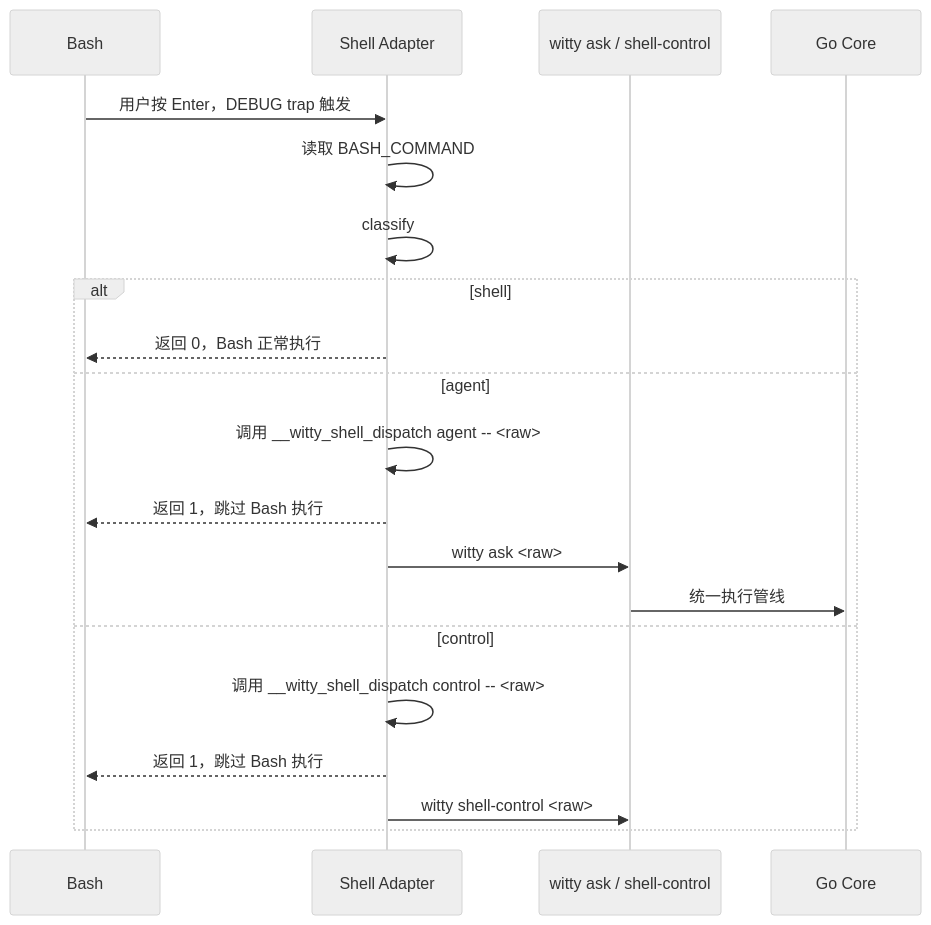
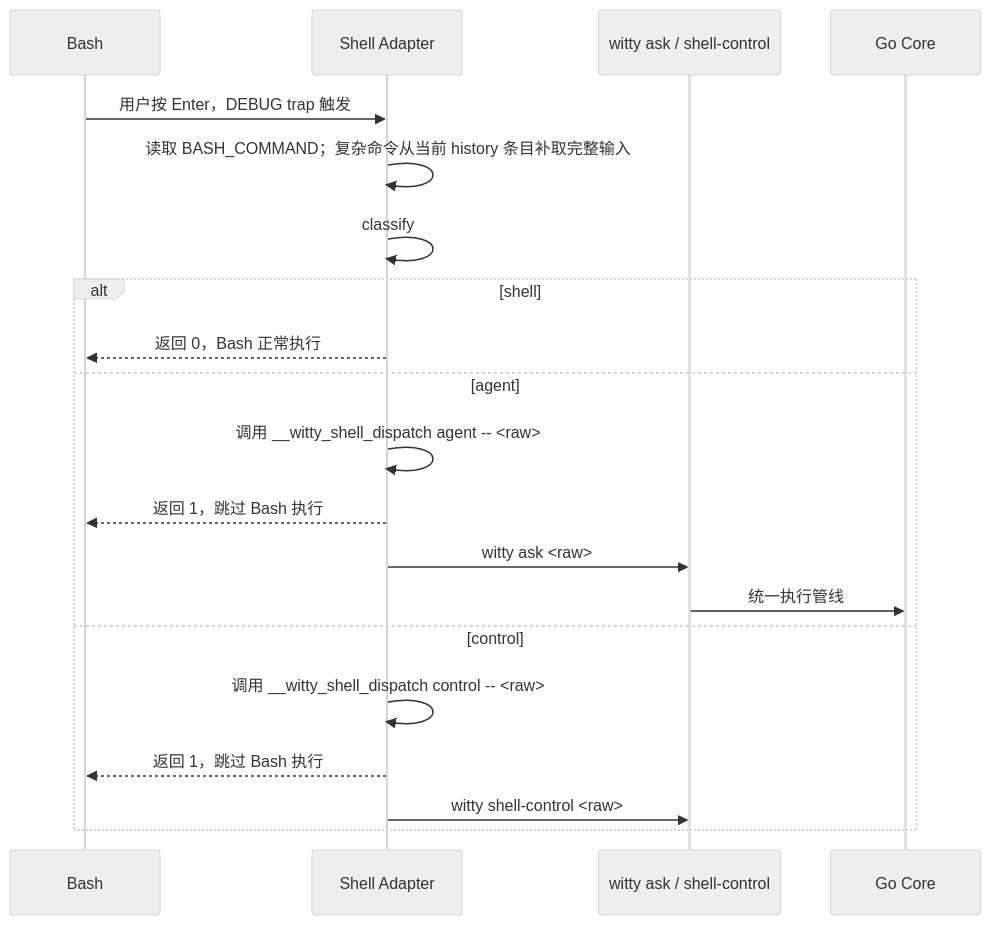
One commit to openeuler-mirror/euler-copilot-shell changed the second of 5 diagrams in docs/development/implementation-plan.md. Above: the diagram before and after it, drawn with Mermaid (neutral theme). The commit also changed 13 other files, not shown here.

First line of the commit message:
refactor(shellbridge): generate Bash classifier from Go specs and classify compound commands via history

````diff
--- a/docs/development/implementation-plan.md
+++ b/docs/development/implementation-plan.md
@@ -497,23 +497,23 @@
 ```mermaid
 sequenceDiagram
     participant B as Bash
     participant A as Shell Adapter
     participant CLI as witty ask / shell-control
     participant CORE as Go Core
 
     B->>A: 用户按 Enter，DEBUG trap 触发
-    A->>A: 读取 BASH_COMMAND
+    A->>A: 读取 BASH_COMMAND；复杂命令从当前 history 条目补取完整输入
     A->>A: classify
     alt shell
         A-->>B: 返回 0，Bash 正常执行
     else agent
         A->>A: 调用 __witty_shell_dispatch agent -- <raw>
         A-->>B: 返回 1，跳过 Bash 执行
         A->>CLI: witty ask <raw>
         CLI->>CORE: 统一执行管线
     else control
         A->>A: 调用 __witty_shell_dispatch control -- <raw>
         A-->>B: 返回 1，跳过 Bash 执行
         A->>CLI: witty shell-control <raw>
     end
 ```
````
